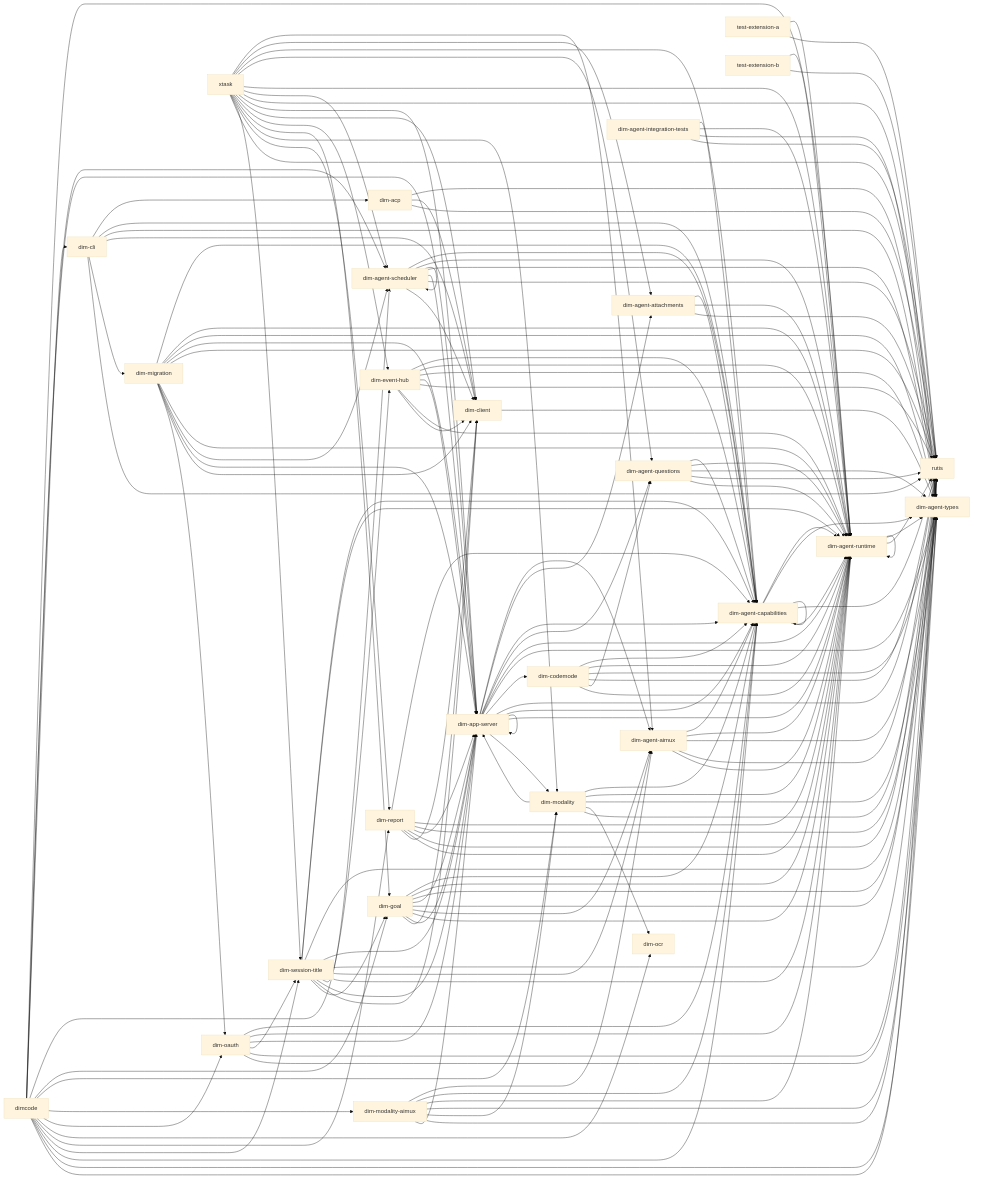
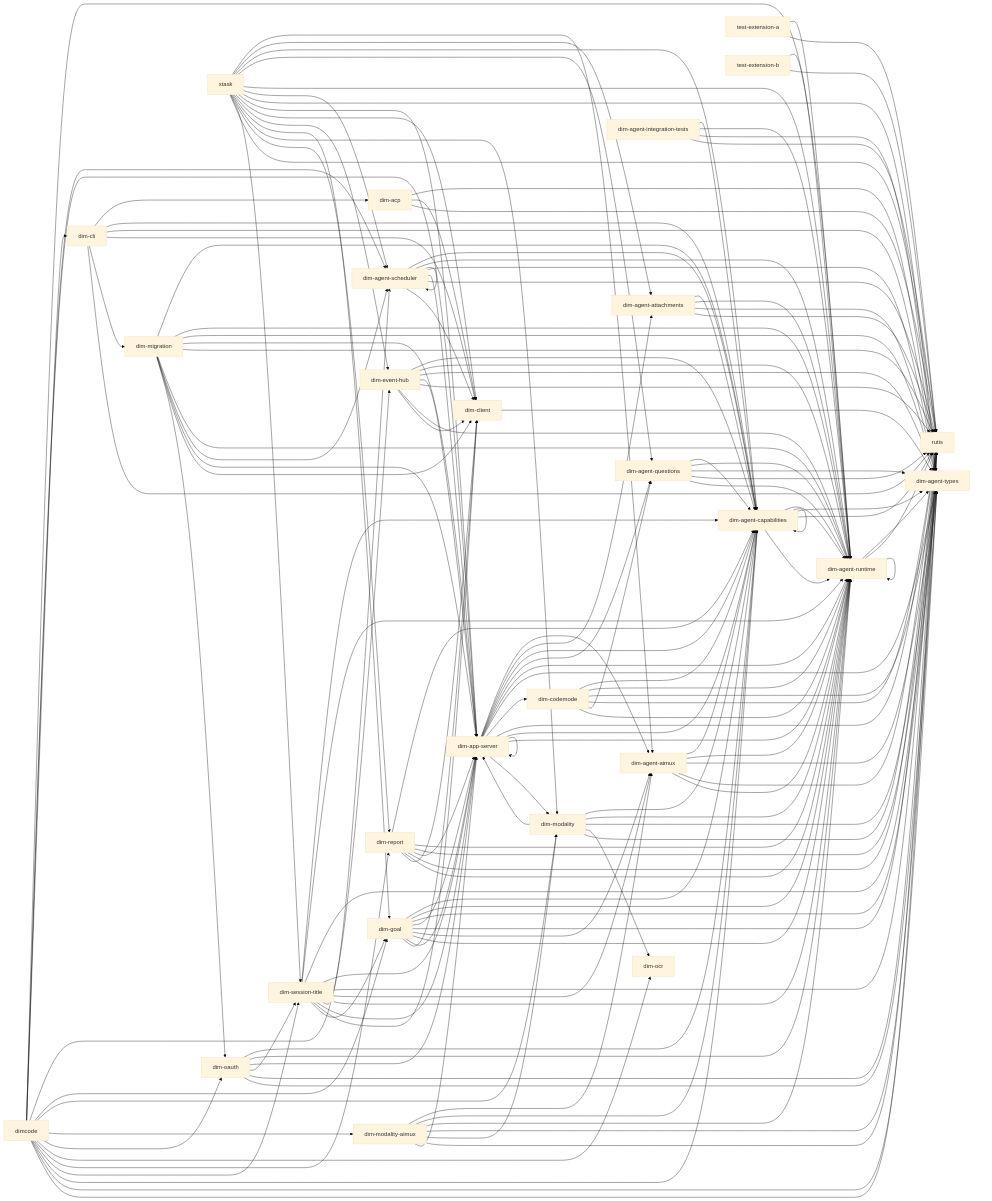
Before and after one commit to arcships/dim: the diagram in docs/architecture/rust-agent/generated/crates.mmd, drawn with Mermaid (base theme). The commit also changed 82 other files, not shown here.

```diff
--- a/docs/architecture/rust-agent/generated/crates.mmd
+++ b/docs/architecture/rust-agent/generated/crates.mmd
@@ -1,159 +1,160 @@
 %% Generated from cargo metadata; do not edit.
 flowchart LR
   dim_agent_runtime["dim-agent-runtime"] --> dim_agent_types["dim-agent-types"]
   dim_agent_runtime["dim-agent-runtime"] --> rutis["rutis"]
   dim_agent_runtime["dim-agent-runtime"] --> dim_agent_runtime["dim-agent-runtime"]
   dim_agent_capabilities["dim-agent-capabilities"] --> dim_agent_runtime["dim-agent-runtime"]
   dim_agent_capabilities["dim-agent-capabilities"] --> dim_agent_types["dim-agent-types"]
   dim_agent_capabilities["dim-agent-capabilities"] --> rutis["rutis"]
   dim_agent_capabilities["dim-agent-capabilities"] --> dim_agent_capabilities["dim-agent-capabilities"]
   dim_agent_capabilities["dim-agent-capabilities"] --> dim_agent_runtime["dim-agent-runtime"]
   dim_agent_aimux["dim-agent-aimux"] --> dim_agent_capabilities["dim-agent-capabilities"]
   dim_agent_aimux["dim-agent-aimux"] --> dim_agent_runtime["dim-agent-runtime"]
   dim_agent_aimux["dim-agent-aimux"] --> dim_agent_types["dim-agent-types"]
   dim_agent_aimux["dim-agent-aimux"] --> rutis["rutis"]
   dim_agent_aimux["dim-agent-aimux"] --> dim_agent_runtime["dim-agent-runtime"]
   dim_agent_attachments["dim-agent-attachments"] --> dim_agent_capabilities["dim-agent-capabilities"]
   dim_agent_attachments["dim-agent-attachments"] --> dim_agent_runtime["dim-agent-runtime"]
+  dim_agent_attachments["dim-agent-attachments"] --> dim_agent_types["dim-agent-types"]
   dim_agent_attachments["dim-agent-attachments"] --> rutis["rutis"]
   dim_agent_questions["dim-agent-questions"] --> dim_agent_capabilities["dim-agent-capabilities"]
   dim_agent_questions["dim-agent-questions"] --> dim_agent_runtime["dim-agent-runtime"]
   dim_agent_questions["dim-agent-questions"] --> dim_agent_types["dim-agent-types"]
   dim_agent_questions["dim-agent-questions"] --> rutis["rutis"]
   dim_agent_questions["dim-agent-questions"] --> dim_agent_runtime["dim-agent-runtime"]
   dim_agent_scheduler["dim-agent-scheduler"] --> dim_agent_capabilities["dim-agent-capabilities"]
   dim_agent_scheduler["dim-agent-scheduler"] --> dim_agent_runtime["dim-agent-runtime"]
   dim_agent_scheduler["dim-agent-scheduler"] --> dim_agent_types["dim-agent-types"]
   dim_agent_scheduler["dim-agent-scheduler"] --> dim_app_server["dim-app-server"]
   dim_agent_scheduler["dim-agent-scheduler"] --> rutis["rutis"]
   dim_agent_scheduler["dim-agent-scheduler"] --> dim_agent_scheduler["dim-agent-scheduler"]
   dim_agent_scheduler["dim-agent-scheduler"] --> dim_client["dim-client"]
   dim_app_server["dim-app-server"] --> dim_agent_aimux["dim-agent-aimux"]
   dim_app_server["dim-app-server"] --> dim_agent_attachments["dim-agent-attachments"]
   dim_app_server["dim-app-server"] --> dim_agent_capabilities["dim-agent-capabilities"]
   dim_app_server["dim-app-server"] --> dim_agent_questions["dim-agent-questions"]
   dim_app_server["dim-app-server"] --> dim_agent_runtime["dim-agent-runtime"]
   dim_app_server["dim-app-server"] --> dim_agent_types["dim-agent-types"]
   dim_app_server["dim-app-server"] --> dim_codemode["dim-codemode"]
   dim_app_server["dim-app-server"] --> rutis["rutis"]
   dim_app_server["dim-app-server"] --> dim_agent_capabilities["dim-agent-capabilities"]
   dim_app_server["dim-app-server"] --> dim_agent_runtime["dim-agent-runtime"]
   dim_app_server["dim-app-server"] --> dim_app_server["dim-app-server"]
   dim_app_server["dim-app-server"] --> dim_modality["dim-modality"]
   dim_codemode["dim-codemode"] --> dim_agent_capabilities["dim-agent-capabilities"]
   dim_codemode["dim-codemode"] --> dim_agent_runtime["dim-agent-runtime"]
   dim_codemode["dim-codemode"] --> dim_agent_types["dim-agent-types"]
   dim_codemode["dim-codemode"] --> rutis["rutis"]
   dim_codemode["dim-codemode"] --> dim_agent_questions["dim-agent-questions"]
   dim_codemode["dim-codemode"] --> dim_agent_runtime["dim-agent-runtime"]
   dim_modality["dim-modality"] --> dim_agent_capabilities["dim-agent-capabilities"]
   dim_modality["dim-modality"] --> dim_agent_runtime["dim-agent-runtime"]
   dim_modality["dim-modality"] --> dim_agent_types["dim-agent-types"]
   dim_modality["dim-modality"] --> dim_app_server["dim-app-server"]
   dim_modality["dim-modality"] --> dim_ocr["dim-ocr"]
   dim_modality["dim-modality"] --> rutis["rutis"]
   dim_client["dim-client"] --> dim_agent_types["dim-agent-types"]
   dim_event_hub["dim-event-hub"] --> dim_agent_capabilities["dim-agent-capabilities"]
   dim_event_hub["dim-event-hub"] --> dim_agent_runtime["dim-agent-runtime"]
   dim_event_hub["dim-event-hub"] --> dim_agent_types["dim-agent-types"]
   dim_event_hub["dim-event-hub"] --> dim_app_server["dim-app-server"]
   dim_event_hub["dim-event-hub"] --> rutis["rutis"]
   dim_event_hub["dim-event-hub"] --> dim_agent_runtime["dim-agent-runtime"]
   dim_event_hub["dim-event-hub"] --> dim_client["dim-client"]
   dim_acp["dim-acp"] --> dim_agent_types["dim-agent-types"]
   dim_acp["dim-acp"] --> dim_client["dim-client"]
   dim_acp["dim-acp"] --> rutis["rutis"]
   dim_cli["dim-cli"] --> dim_acp["dim-acp"]
   dim_cli["dim-cli"] --> dim_agent_capabilities["dim-agent-capabilities"]
   dim_cli["dim-cli"] --> dim_agent_types["dim-agent-types"]
   dim_cli["dim-cli"] --> dim_client["dim-client"]
   dim_cli["dim-cli"] --> dim_migration["dim-migration"]
   dim_cli["dim-cli"] --> rutis["rutis"]
   dim_migration["dim-migration"] --> dim_agent_capabilities["dim-agent-capabilities"]
   dim_migration["dim-migration"] --> dim_agent_runtime["dim-agent-runtime"]
   dim_migration["dim-migration"] --> dim_agent_types["dim-agent-types"]
   dim_migration["dim-migration"] --> dim_app_server["dim-app-server"]
   dim_migration["dim-migration"] --> rutis["rutis"]
   dim_migration["dim-migration"] --> dim_agent_runtime["dim-agent-runtime"]
   dim_migration["dim-migration"] --> dim_agent_scheduler["dim-agent-scheduler"]
   dim_migration["dim-migration"] --> dim_app_server["dim-app-server"]
   dim_migration["dim-migration"] --> dim_client["dim-client"]
   dim_migration["dim-migration"] --> dim_oauth["dim-oauth"]
   dim_oauth["dim-oauth"] --> dim_agent_capabilities["dim-agent-capabilities"]
   dim_oauth["dim-oauth"] --> dim_agent_runtime["dim-agent-runtime"]
   dim_oauth["dim-oauth"] --> dim_app_server["dim-app-server"]
   dim_oauth["dim-oauth"] --> dim_session_title["dim-session-title"]
   dim_oauth["dim-oauth"] --> rutis["rutis"]
   dim_oauth["dim-oauth"] --> dim_agent_types["dim-agent-types"]
   dim_session_title["dim-session-title"] --> dim_agent_capabilities["dim-agent-capabilities"]
   dim_session_title["dim-session-title"] --> dim_agent_runtime["dim-agent-runtime"]
   dim_session_title["dim-session-title"] --> dim_agent_types["dim-agent-types"]
   dim_session_title["dim-session-title"] --> dim_app_server["dim-app-server"]
   dim_session_title["dim-session-title"] --> rutis["rutis"]
   dim_session_title["dim-session-title"] --> dim_agent_aimux["dim-agent-aimux"]
   dim_session_title["dim-session-title"] --> dim_agent_runtime["dim-agent-runtime"]
   dim_session_title["dim-session-title"] --> dim_agent_scheduler["dim-agent-scheduler"]
   dim_session_title["dim-session-title"] --> dim_app_server["dim-app-server"]
   dim_session_title["dim-session-title"] --> dim_client["dim-client"]
   dim_session_title["dim-session-title"] --> dim_goal["dim-goal"]
   dim_goal["dim-goal"] --> dim_agent_capabilities["dim-agent-capabilities"]
   dim_goal["dim-goal"] --> dim_agent_runtime["dim-agent-runtime"]
   dim_goal["dim-goal"] --> dim_agent_types["dim-agent-types"]
   dim_goal["dim-goal"] --> dim_app_server["dim-app-server"]
   dim_goal["dim-goal"] --> rutis["rutis"]
   dim_goal["dim-goal"] --> dim_agent_aimux["dim-agent-aimux"]
   dim_goal["dim-goal"] --> dim_agent_runtime["dim-agent-runtime"]
   dim_goal["dim-goal"] --> dim_app_server["dim-app-server"]
   dim_goal["dim-goal"] --> dim_client["dim-client"]
   dim_report["dim-report"] --> dim_agent_capabilities["dim-agent-capabilities"]
   dim_report["dim-report"] --> dim_agent_runtime["dim-agent-runtime"]
   dim_report["dim-report"] --> dim_agent_types["dim-agent-types"]
   dim_report["dim-report"] --> dim_app_server["dim-app-server"]
   dim_report["dim-report"] --> rutis["rutis"]
   dim_report["dim-report"] --> dim_agent_runtime["dim-agent-runtime"]
   dim_report["dim-report"] --> dim_client["dim-client"]
   dim_modality_aimux["dim-modality-aimux"] --> dim_agent_aimux["dim-agent-aimux"]
   dim_modality_aimux["dim-modality-aimux"] --> dim_agent_capabilities["dim-agent-capabilities"]
   dim_modality_aimux["dim-modality-aimux"] --> dim_agent_runtime["dim-agent-runtime"]
   dim_modality_aimux["dim-modality-aimux"] --> dim_agent_types["dim-agent-types"]
   dim_modality_aimux["dim-modality-aimux"] --> dim_modality["dim-modality"]
   dim_modality_aimux["dim-modality-aimux"] --> rutis["rutis"]
   dim_modality_aimux["dim-modality-aimux"] --> dim_app_server["dim-app-server"]
   dimcode["dimcode"] --> dim_agent_runtime["dim-agent-runtime"]
   dimcode["dimcode"] --> dim_agent_scheduler["dim-agent-scheduler"]
   dimcode["dimcode"] --> dim_app_server["dim-app-server"]
   dimcode["dimcode"] --> dim_cli["dim-cli"]
   dimcode["dimcode"] --> dim_event_hub["dim-event-hub"]
   dimcode["dimcode"] --> dim_goal["dim-goal"]
   dimcode["dimcode"] --> dim_modality["dim-modality"]
   dimcode["dimcode"] --> dim_modality_aimux["dim-modality-aimux"]
   dimcode["dimcode"] --> dim_oauth["dim-oauth"]
   dimcode["dimcode"] --> dim_ocr["dim-ocr"]
   dimcode["dimcode"] --> dim_report["dim-report"]
   dimcode["dimcode"] --> dim_session_title["dim-session-title"]
   dimcode["dimcode"] --> dim_agent_capabilities["dim-agent-capabilities"]
   dimcode["dimcode"] --> dim_agent_types["dim-agent-types"]
   dimcode["dimcode"] --> rutis["rutis"]
   xtask["xtask"] --> dim_agent_aimux["dim-agent-aimux"]
   xtask["xtask"] --> dim_agent_attachments["dim-agent-attachments"]
   xtask["xtask"] --> dim_agent_capabilities["dim-agent-capabilities"]
   xtask["xtask"] --> dim_agent_questions["dim-agent-questions"]
   xtask["xtask"] --> dim_agent_runtime["dim-agent-runtime"]
   xtask["xtask"] --> dim_agent_scheduler["dim-agent-scheduler"]
   xtask["xtask"] --> dim_agent_types["dim-agent-types"]
   xtask["xtask"] --> dim_app_server["dim-app-server"]
   xtask["xtask"] --> dim_client["dim-client"]
   xtask["xtask"] --> dim_event_hub["dim-event-hub"]
   xtask["xtask"] --> dim_goal["dim-goal"]
   xtask["xtask"] --> dim_modality["dim-modality"]
   xtask["xtask"] --> dim_report["dim-report"]
   xtask["xtask"] --> dim_session_title["dim-session-title"]
   xtask["xtask"] --> rutis["rutis"]
   test_extension_a["test-extension-a"] --> dim_agent_runtime["dim-agent-runtime"]
   test_extension_a["test-extension-a"] --> rutis["rutis"]
   test_extension_b["test-extension-b"] --> dim_agent_runtime["dim-agent-runtime"]
   test_extension_b["test-extension-b"] --> rutis["rutis"]
   dim_agent_integration_tests["dim-agent-integration-tests"] --> dim_agent_capabilities["dim-agent-capabilities"]
   dim_agent_integration_tests["dim-agent-integration-tests"] --> dim_agent_runtime["dim-agent-runtime"]
   dim_agent_integration_tests["dim-agent-integration-tests"] --> dim_agent_types["dim-agent-types"]
   dim_agent_integration_tests["dim-agent-integration-tests"] --> rutis["rutis"]
```
